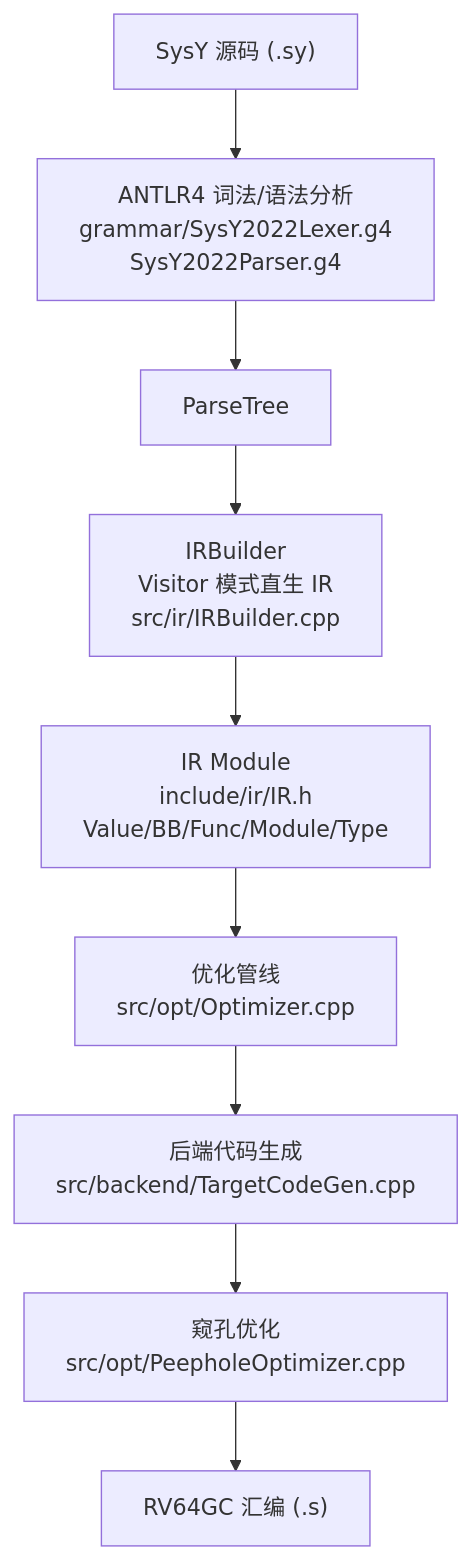
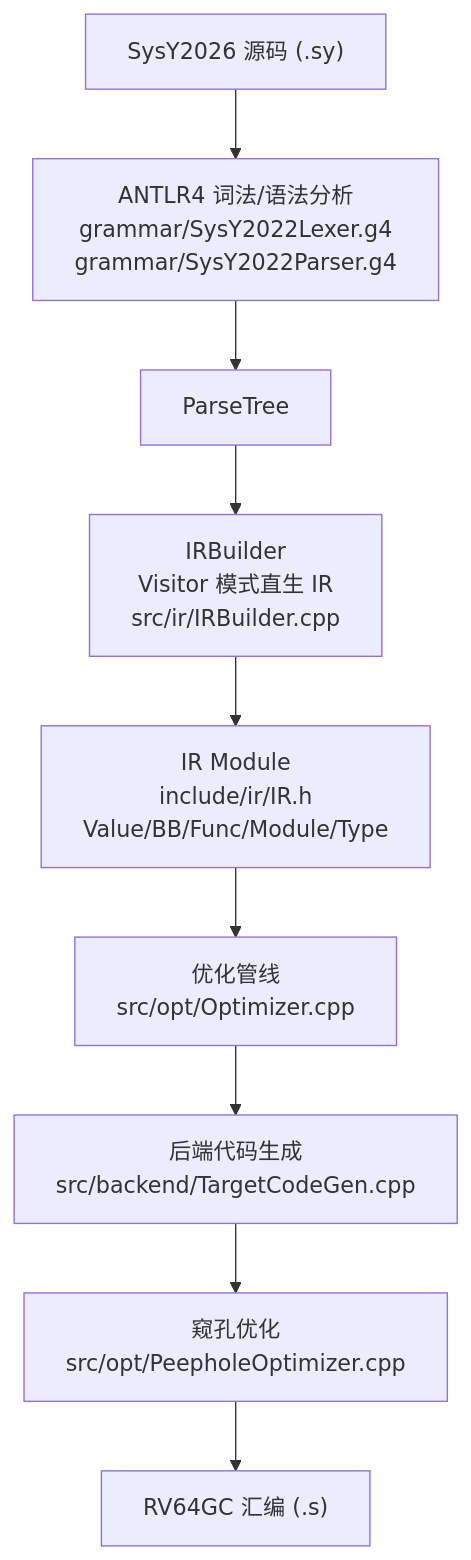
One commit to shopbimaster/compiler changed the first of 12 diagrams in README.md. Above: the diagram before and after it, drawn with Mermaid. The commit also changed other lines of this file and 4 other files, not shown here.

````diff
--- a/README.md
+++ b/README.md
@@ -25,17 +28,17 @@
 ```mermaid
 graph TD
-    Src["SysY 源码 (.sy)"]
-    Lexer["ANTLR4 词法/语法分析<br/>grammar/SysY2022Lexer.g4<br/>SysY2022Parser.g4"]
+    Src["SysY2026 源码 (.sy)"]
+    Lexer["ANTLR4 词法/语法分析<br/>grammar/SysY2022Lexer.g4<br/>grammar/SysY2022Parser.g4"]
     ParseTree["ParseTree"]
     IRBuilder["IRBuilder<br/>Visitor 模式直生 IR<br/>src/ir/IRBuilder.cpp"]
     IRModule["IR Module<br/>include/ir/IR.h<br/>Value/BB/Func/Module/Type"]
     Opt["优化管线<br/>src/opt/Optimizer.cpp"]
     Backend["后端代码生成<br/>src/backend/TargetCodeGen.cpp"]
     Peephole["窥孔优化<br/>src/opt/PeepholeOptimizer.cpp"]
     Asm["RV64GC 汇编 (.s)"]
 
     Src --> Lexer --> ParseTree --> IRBuilder --> IRModule
     IRModule --> Opt
     Opt --> Backend
     Backend --> Peephole --> Asm
 ```
````
